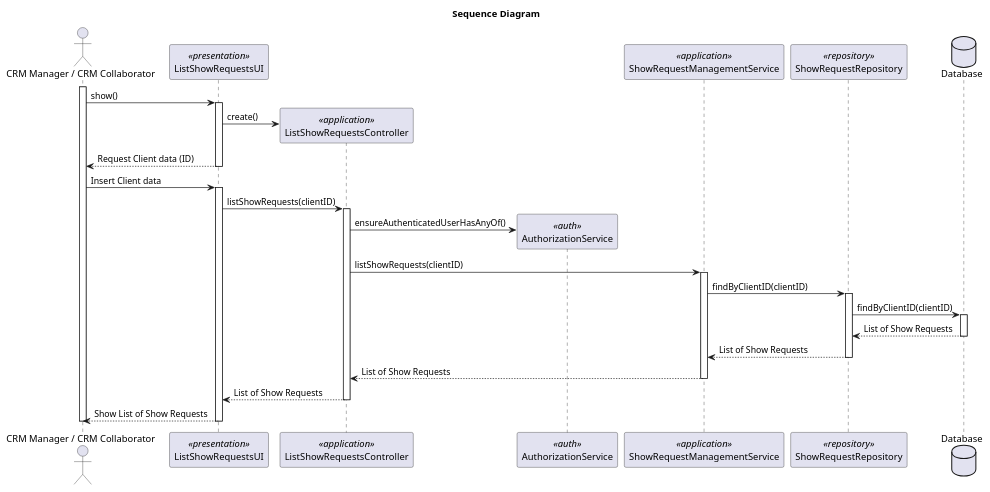
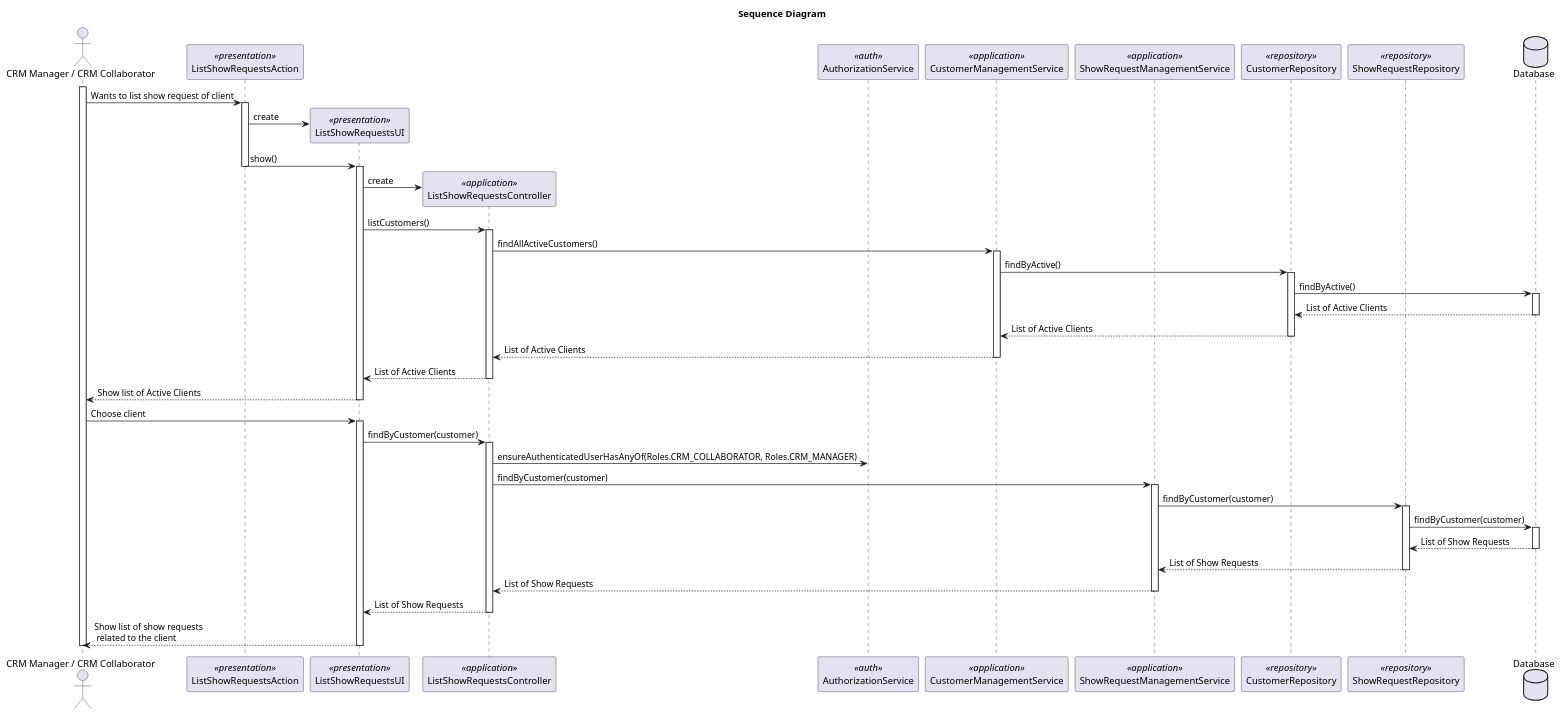
Before and after one commit to rubenFreitas1/ISEP-LAPR4-2024-2025: the diagram in docs/Sprint2/us_235/diagrams/sequence-diagram-US235.puml, drawn with PlantUML. The commit also changed 8 other files, not shown here.

```diff
--- a/docs/Sprint2/us_235/diagrams/sequence-diagram-US235.puml
+++ b/docs/Sprint2/us_235/diagrams/sequence-diagram-US235.puml
@@ -1,54 +1,86 @@
 @startuml
 title Sequence Diagram
 
 actor "CRM Manager / CRM Collaborator" as Actor
+participant "ListShowRequestsAction" as Action <<presentation>>
 participant "ListShowRequestsUI" as UI <<presentation>>
 participant "ListShowRequestsController" as Controller <<application>>
 participant "AuthorizationService" as AuthorizationService <<auth>>
+participant "CustomerManagementService" as CustomerManagementService <<application>>
 participant "ShowRequestManagementService" as ShowRequestManagementService <<application>>
+participant "CustomerRepository" as CustomerRepository <<repository>>
 participant "ShowRequestRepository" as ShowRequestRepository <<repository>>
 database "Database" as Database
 
 activate Actor
 
-Actor -> UI: show()
+Actor -> Action: Wants to list show request of client
+activate Action
+
+Action -> UI**: create
+Action -> UI: show()
+deactivate Action
     activate UI
 
-UI -> Controller** : create()
-UI --> Actor: Request Client data (ID)
+UI -> Controller** : create
+UI -> Controller: listCustomers()
+activate Controller
+
+Controller -> CustomerManagementService: findAllActiveCustomers()
+activate CustomerManagementService
+
+CustomerManagementService -> CustomerRepository: findByActive()
+activate CustomerRepository
+
+CustomerRepository -> Database: findByActive()
+activate Database
+
+Database --> CustomerRepository: List of Active Clients
+deactivate Database
+
+CustomerRepository --> CustomerManagementService: List of Active Clients
+deactivate CustomerRepository
+
+CustomerManagementService --> Controller: List of Active Clients
+deactivate CustomerManagementService
+
+Controller --> UI: List of Active Clients
+deactivate Controller
+
+UI --> Actor: Show list of Active Clients
     deactivate UI
-Actor -> UI: Insert Client data
+Actor -> UI: Choose client
 
     activate UI
 
-    UI -> Controller: listShowRequests(clientID)
+    UI -> Controller: findByCustomer(customer)
     activate Controller
 
-        Controller -> AuthorizationService** : ensureAuthenticatedUserHasAnyOf()
+        Controller -> AuthorizationService: ensureAuthenticatedUserHasAnyOf(Roles.CRM_COLLABORATOR, Roles.CRM_MANAGER)
 
-        Controller -> ShowRequestManagementService: listShowRequests(clientID)
+        Controller -> ShowRequestManagementService: findByCustomer(customer)
             activate ShowRequestManagementService
 
-                ShowRequestManagementService -> ShowRequestRepository: findByClientID(clientID)
+                ShowRequestManagementService -> ShowRequestRepository: findByCustomer(customer)
                     activate ShowRequestRepository
 
-                        ShowRequestRepository -> Database:  findByClientID(clientID)
+                        ShowRequestRepository -> Database:  findByCustomer(customer)
                             activate Database
 
                                 Database --> ShowRequestRepository: List of Show Requests
                             deactivate Database
                         ShowRequestRepository --> ShowRequestManagementService: List of Show Requests
                     deactivate ShowRequestRepository
 
 
                 ShowRequestManagementService --> Controller: List of Show Requests
             deactivate ShowRequestManagementService
 
         Controller --> UI: List of Show Requests
     deactivate Controller
 
-UI --> Actor: Show List of Show Requests
+UI --> Actor: Show list of show requests \n related to the client
 deactivate UI
 deactivate Actor
 
 @enduml
```
